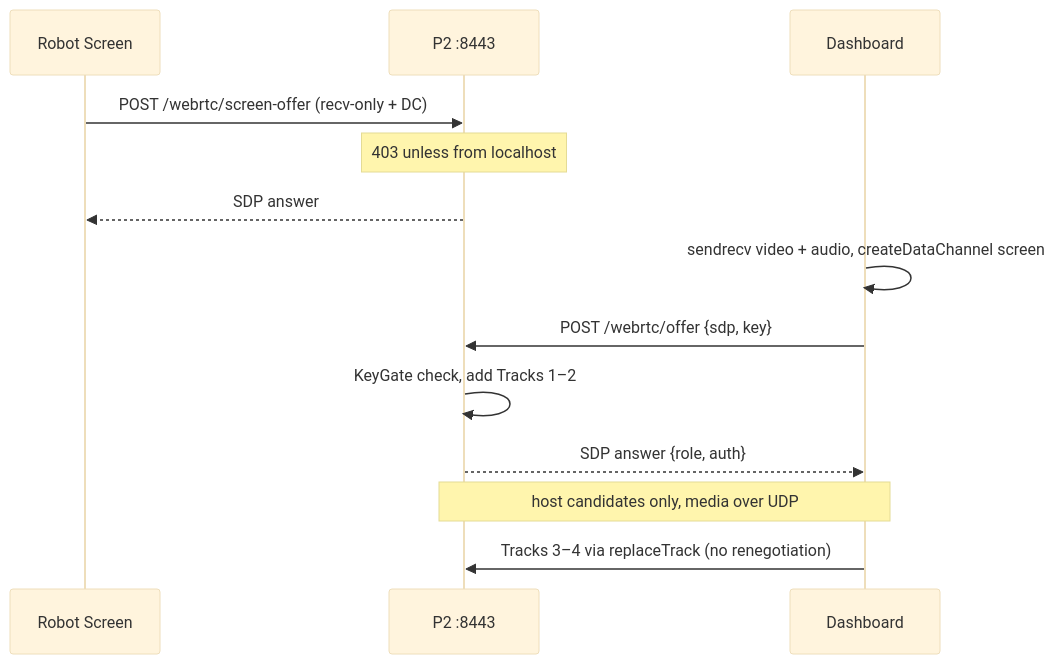
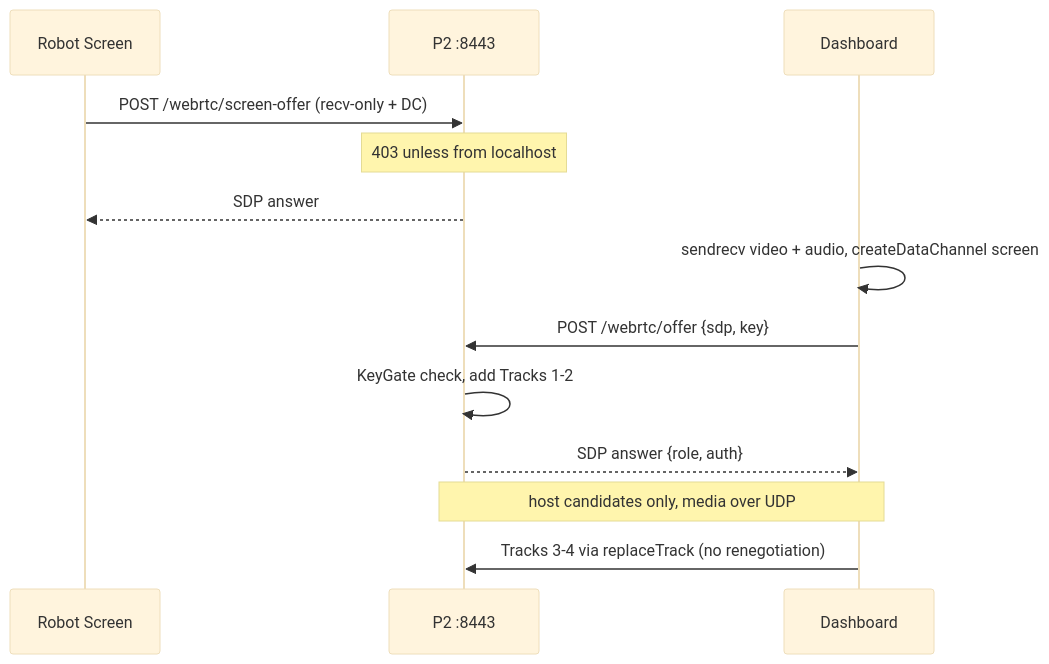
One commit to baiust999/robort-code-from-pi changed diagram 21 of 27 in research paper/section4_methodology.md. Above: the diagram before and after it, drawn with Mermaid (base theme). The commit also changed other lines of this file and 4 other files, not shown here.

````diff
--- a/research paper/section4_methodology.md
+++ b/research paper/section4_methodology.md
@@ -740,15 +740,15 @@
 ```mermaid
 sequenceDiagram
   participant K as Robot Screen
   participant P as P2 :8443
   participant D as Dashboard
   K->>P: POST /webrtc/screen-offer (recv-only + DC)
   Note over P: 403 unless from localhost
   P-->>K: SDP answer
   D->>D: sendrecv video + audio, createDataChannel screen
   D->>P: POST /webrtc/offer {sdp, key}
-  P->>P: KeyGate check, add Tracks 1–2
+  P->>P: KeyGate check, add Tracks 1-2
   P-->>D: SDP answer {role, auth}
   Note over D,P: host candidates only, media over UDP
-  D->>P: Tracks 3–4 via replaceTrack (no renegotiation)
+  D->>P: Tracks 3-4 via replaceTrack (no renegotiation)
 ```
````
